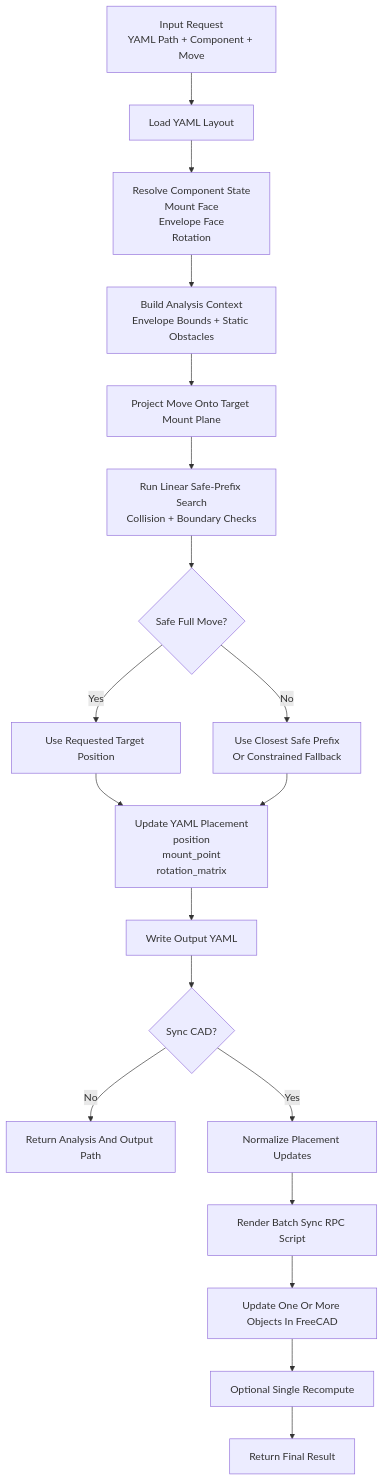
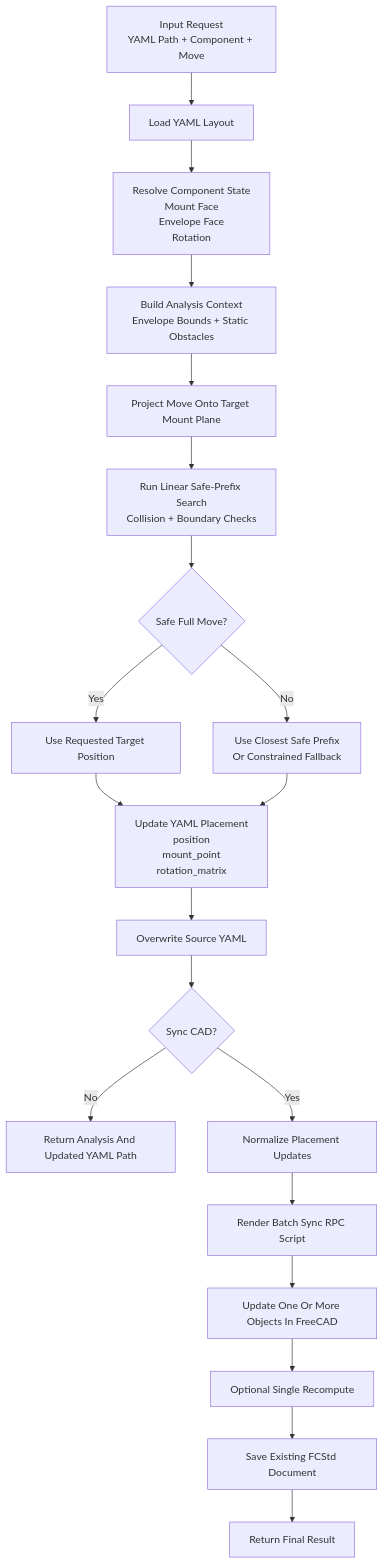
Before and after one commit to Bokai502/freecad-skill: the second of 3 diagrams in docs/ARCHITECTURE.md, drawn with Mermaid. The commit also changed other lines of this file and 28 other files, not shown here.

````diff
--- a/docs/ARCHITECTURE.md
+++ b/docs/ARCHITECTURE.md
@@ -39,21 +39,22 @@
 ```mermaid
 flowchart TD
     A["Input Request<br/>YAML Path + Component + Move"] --> B["Load YAML Layout"]
     B --> C["Resolve Component State<br/>Mount Face<br/>Envelope Face<br/>Rotation"]
     C --> D["Build Analysis Context<br/>Envelope Bounds + Static Obstacles"]
     D --> E["Project Move Onto Target Mount Plane"]
     E --> F["Run Linear Safe-Prefix Search<br/>Collision + Boundary Checks"]
     F --> G{"Safe Full Move?"}
     G -- "Yes" --> H["Use Requested Target Position"]
     G -- "No" --> I["Use Closest Safe Prefix<br/>Or Constrained Fallback"]
     H --> J["Update YAML Placement<br/>position<br/>mount_point<br/>rotation_matrix"]
     I --> J
-    J --> K["Write Output YAML"]
+    J --> K["Overwrite Source YAML"]
     K --> L{"Sync CAD?"}
-    L -- "No" --> M["Return Analysis And Output Path"]
+    L -- "No" --> M["Return Analysis And Updated YAML Path"]
     L -- "Yes" --> N["Normalize Placement Updates"]
     N --> O["Render Batch Sync RPC Script"]
     O --> P["Update One Or More Objects In FreeCAD"]
     P --> Q["Optional Single Recompute"]
-    Q --> R["Return Final Result"]
+    Q --> R["Save Existing FCStd Document"]
+    R --> S["Return Final Result"]
 ```
````
